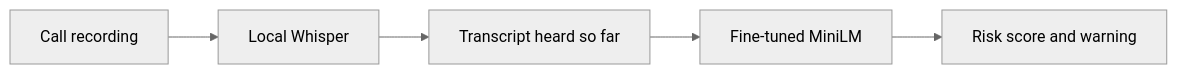
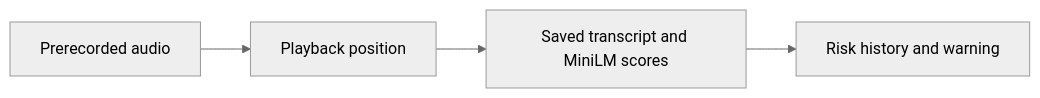
One commit to ZellerhoffBen/swissscam changed the diagram in README.md. Above: the diagram before and after it, drawn with Mermaid (neutral theme). The commit also changed other lines of this file and 12 other files, not shown here.

````diff
--- a/README.md
+++ b/README.md
@@ -18,7 +19,6 @@
 ```mermaid
 flowchart LR
-    A[Call recording] --> B[Local Whisper]
-    B --> C[Transcript heard so far]
-    C --> D[Fine-tuned MiniLM]
-    D --> E[Risk score and warning]
+    A[Prerecorded audio] --> B[Playback position]
+    B --> C[Saved transcript and MiniLM scores]
+    C --> D[Risk history and warning]
 ```
````
